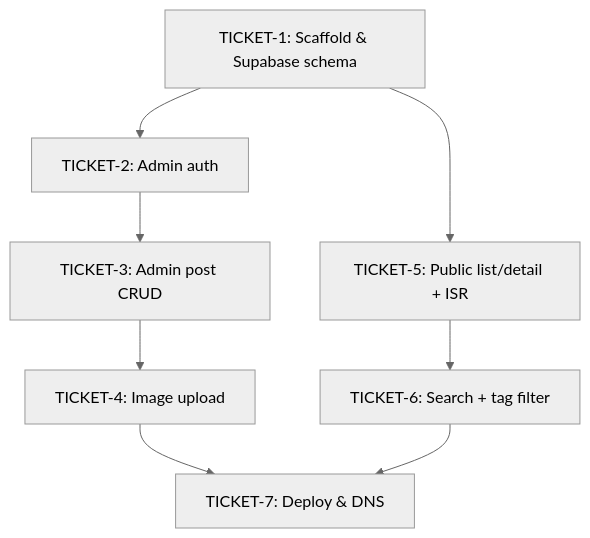
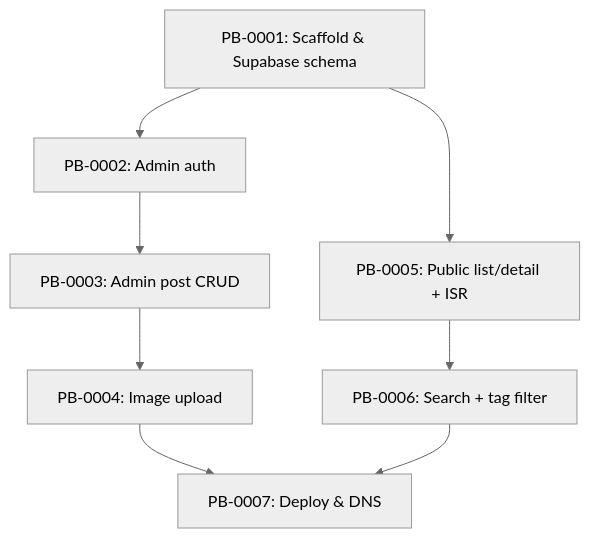
The diagram in blog/docs/tickets/personal-blog-platform.md (developerjayuk/developerjay), drawn with Mermaid (neutral theme) before and after one commit. The commit also changed other lines of this file and 8 other files, not shown here.

````diff
--- a/blog/docs/tickets/personal-blog-platform.md
+++ b/blog/docs/tickets/personal-blog-platform.md
@@ -186,10 +25,10 @@
 ```mermaid
 graph TD
-  T1[TICKET-1: Scaffold & Supabase schema] --> T2[TICKET-2: Admin auth]
-  T1 --> T5[TICKET-5: Public list/detail + ISR]
-  T2 --> T3[TICKET-3: Admin post CRUD]
-  T3 --> T4[TICKET-4: Image upload]
-  T5 --> T6[TICKET-6: Search + tag filter]
-  T4 --> T7[TICKET-7: Deploy & DNS]
+  T1[PB-0001: Scaffold & Supabase schema] --> T2[PB-0002: Admin auth]
+  T1 --> T5[PB-0005: Public list/detail + ISR]
+  T2 --> T3[PB-0003: Admin post CRUD]
+  T3 --> T4[PB-0004: Image upload]
+  T5 --> T6[PB-0006: Search + tag filter]
+  T4 --> T7[PB-0007: Deploy & DNS]
   T6 --> T7
 ```
````
